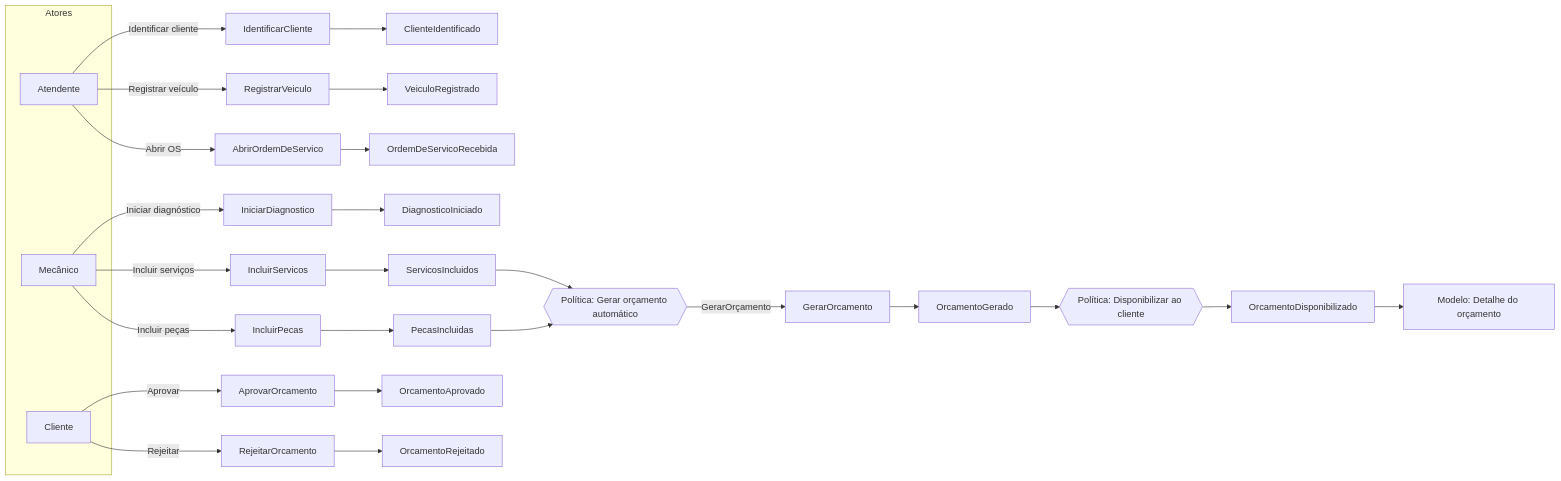
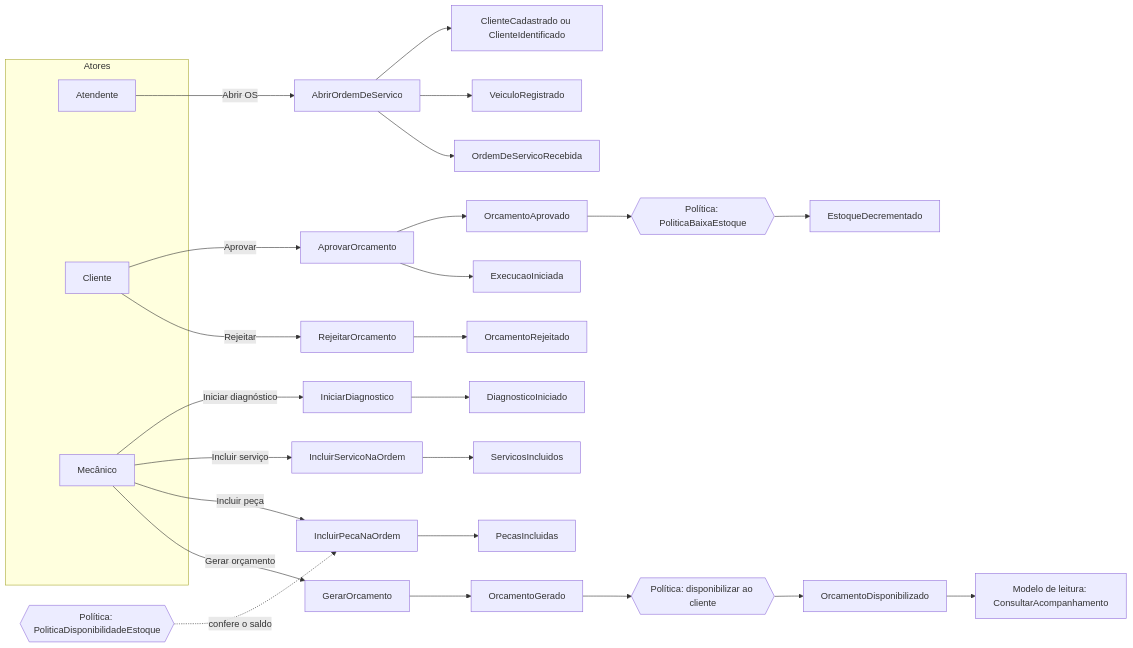
One commit to RodrigoSiliunas/fiap-tech-challenge-ddd changed the first of 4 diagrams in docs/ddd/event-storming.md. Above: the diagram before and after it, drawn with Mermaid. The commit also changed other lines of this file and 11 other files, not shown here.

````diff
--- a/docs/ddd/event-storming.md
+++ b/docs/ddd/event-storming.md
@@ -29,32 +32,32 @@
 ```mermaid
 flowchart LR
   subgraph atores1[Atores]
     A1[Atendente]
     A2[Cliente]
     A3[Mecânico]
   end
 
-  A1 -->|Identificar cliente| C1[IdentificarCliente]
-  C1 --> E1[ClienteIdentificado]
-  A1 -->|Registrar veículo| C2[RegistrarVeiculo]
-  C2 --> E2[VeiculoRegistrado]
-  A1 -->|Abrir OS| C3[AbrirOrdemDeServico]
-  C3 --> E3[OrdemDeServicoRecebida]
-  A3 -->|Iniciar diagnóstico| C4[IniciarDiagnostico]
-  C4 --> E4[DiagnosticoIniciado]
-  A3 -->|Incluir serviços| C5[IncluirServicos]
-  C5 --> E5[ServicosIncluidos]
-  A3 -->|Incluir peças| C6[IncluirPecas]
-  C6 --> E6[PecasIncluidas]
-  E5 --> P1{{Política: Gerar orçamento automático}}
-  E6 --> P1
-  P1 -->|GerarOrçamento| C7[GerarOrcamento]
-  C7 --> E7[OrcamentoGerado]
-  E7 --> P2{{Política: Disponibilizar ao cliente}}
+  A1 -->|Abrir OS| C1[AbrirOrdemDeServico]
+  C1 --> E1[ClienteCadastrado ou ClienteIdentificado]
+  C1 --> E2[VeiculoRegistrado]
+  C1 --> E3[OrdemDeServicoRecebida]
+  A3 -->|Iniciar diagnóstico| C2[IniciarDiagnostico]
+  C2 --> E4[DiagnosticoIniciado]
+  A3 -->|Incluir serviço| C3[IncluirServicoNaOrdem]
+  C3 --> E5[ServicosIncluidos]
+  A3 -->|Incluir peça| C4[IncluirPecaNaOrdem]
+  P1{{Política: PoliticaDisponibilidadeEstoque}} -.->|confere o saldo| C4
+  C4 --> E6[PecasIncluidas]
+  A3 -->|Gerar orçamento| C5[GerarOrcamento]
+  C5 --> E7[OrcamentoGerado]
+  E7 --> P2{{Política: disponibilizar ao cliente}}
   P2 --> E8[OrcamentoDisponibilizado]
-  E8 --> RM1[Modelo: Detalhe do orçamento]
-  A2 -->|Aprovar| C8[AprovarOrcamento]
-  C8 --> E9[OrcamentoAprovado]
-  A2 -->|Rejeitar| C9[RejeitarOrcamento]
-  C9 --> E10[OrcamentoRejeitado]
+  E8 --> RM1[Modelo de leitura: ConsultarAcompanhamento]
+  A2 -->|Aprovar| C6[AprovarOrcamento]
+  C6 --> E9[OrcamentoAprovado]
+  C6 --> E10[ExecucaoIniciada]
+  E9 --> P3{{Política: PoliticaBaixaEstoque}}
+  P3 --> E11[EstoqueDecrementado]
+  A2 -->|Rejeitar| C7[RejeitarOrcamento]
+  C7 --> E12[OrcamentoRejeitado]
 ```
````
